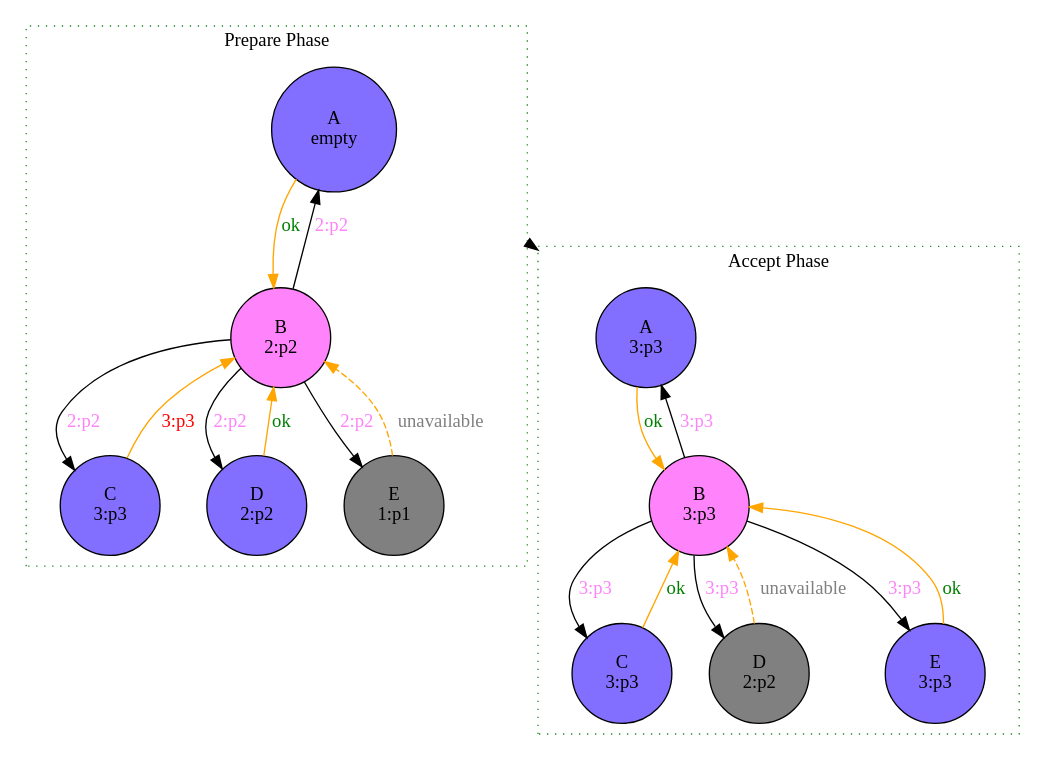
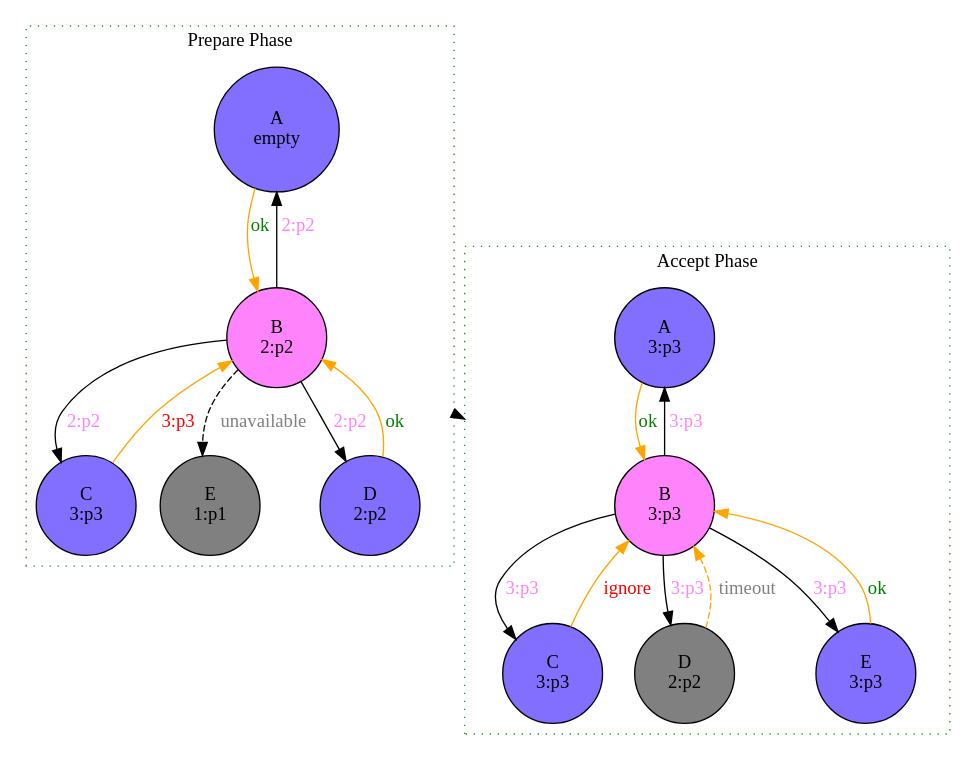
One commit to YorkTsai2012/diagram changed the diagram in paxos/paxos_example.dot. Above: the diagram before and after it, drawn with Graphviz.

Commit message:
give a thought to common failures

```diff
--- a/paxos/paxos_example.dot
+++ b/paxos/paxos_example.dot
@@ -1,62 +1,61 @@
-
 /*
  * An instance of Basic Paxos algorithm
  * Firstly install graphviz software on your host, and then run
  *     dot -T png -o paxos_example.png paxos_example.dot
  */
 
 digraph Root { 
 
     compound = true;
 
     //rankdir="LR";
 
 
 	subgraph cluster1 {
         labelloc="t";
         label="Prepare Phase";
 
         A[label="A \n empty",shape=circle,style=filled,fillcolor=slateblue1];
         B[label="B \n 2:p2",shape=circle,style=filled,fillcolor=orchid1];
         C[label="C \n 3:p3",shape=circle,style=filled,fillcolor=slateblue1];
         D[label="D \n 2:p2",shape=circle,style=filled,fillcolor=slateblue1];
         E[label="E \n 1:p1",shape=circle,style=filled,fillcolor=grey];
         style=dotted;
         color=forestgreen;
 
         B -> A [label="2:p2",fontcolor=orchid1];
         B -> C [label="2:p2",fontcolor=orchid1];
         B -> D [label="2:p2",fontcolor=orchid1];
-        B -> E [label="2:p2",fontcolor=orchid1];
+        B -> E [label="unavailable",fontcolor=grey,style=dashed];
 
         A -> B [label="ok",fontcolor=green,color=orange];
         C -> B [label="3:p3",fontcolor=red,color=orange];
         D -> B [label="ok",fontcolor=green,color=orange];
-        E -> B [label="unavailable",fontcolor=grey,color=orange,style=dashed];
+        //E -> B [label="unavailable",fontcolor=grey,color=orange,style=dashed];
 	}
 	
 	subgraph cluster2 {
         labelloc="t";
         label="Accept Phase";
 
         A1[label="A \n 3:p3",shape=circle,style=filled,fillcolor=slateblue1];
         B1[label="B \n 3:p3",shape=circle,style=filled,fillcolor=orchid1];
         C1[label="C \n 3:p3",shape=circle,style=filled,fillcolor=slateblue1];
         D1[label="D \n 2:p2",shape=circle,style=filled,fillcolor=grey];
         E1[label="E \n 3:p3",shape=circle,style=filled,fillcolor=slateblue1];
         style=dotted;
         color=forestgreen;
 
         B1 -> A1 [label="3:p3",fontcolor=orchid1];
         B1 -> C1 [label="3:p3",fontcolor=orchid1];
         B1 -> D1 [label="3:p3",fontcolor=orchid1];
         B1 -> E1 [label="3:p3",fontcolor=orchid1];
 
         A1 -> B1 [label="ok",fontcolor=green,color=orange];
-        C1 -> B1 [label="ok",fontcolor=green,color=orange];
-        D1 -> B1 [label="unavailable",fontcolor=grey,color=orange,style=dashed];
+        C1 -> B1 [label="ignore",fontcolor=red,color=orange];
+        D1 -> B1 [label="timeout",fontcolor=grey,color=orange,style=dashed];
         E1 -> B1 [label="ok",fontcolor=green,color=orange];
 	}
 	
-	A -> A1 [ltail=cluster1, lhead=cluster2];
+	B -> B1 [ltail=cluster1, lhead=cluster2];
 }
```
